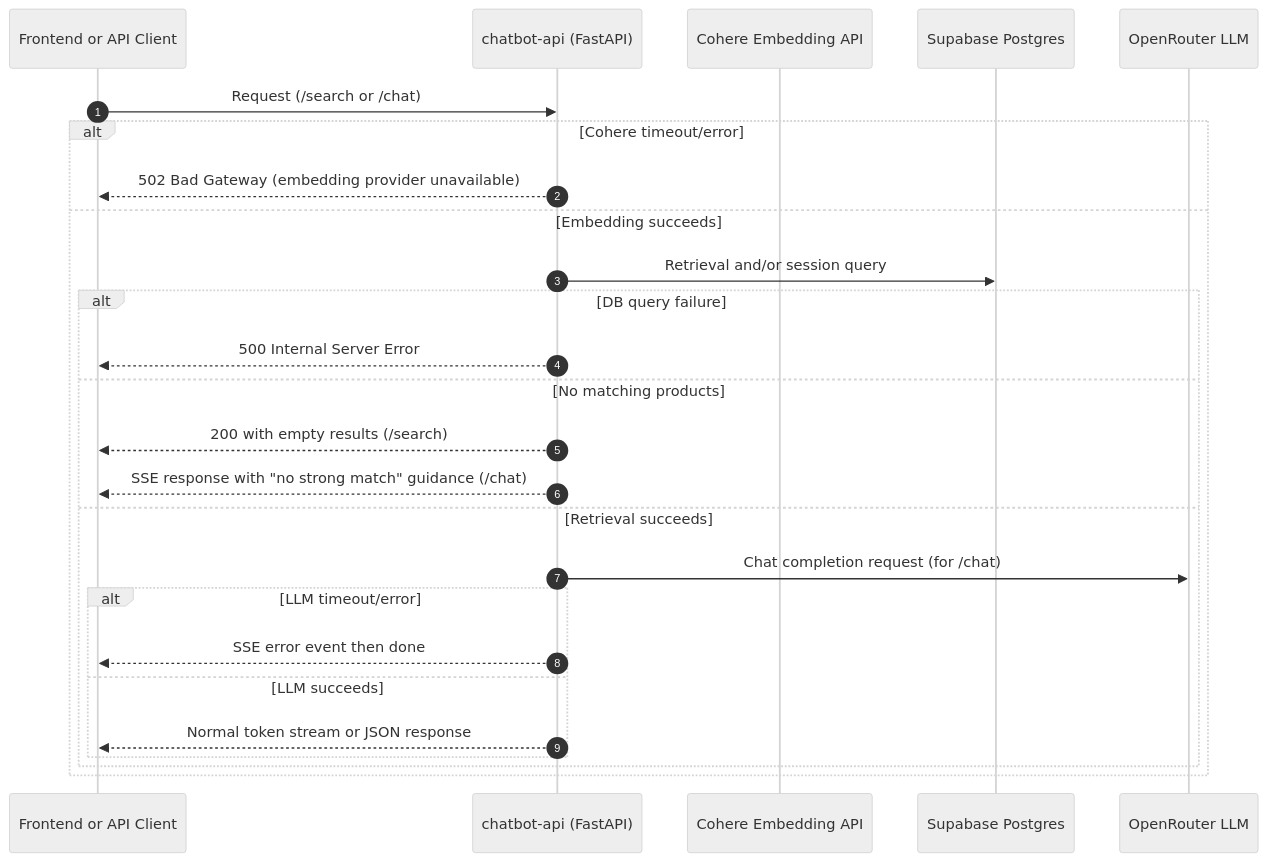
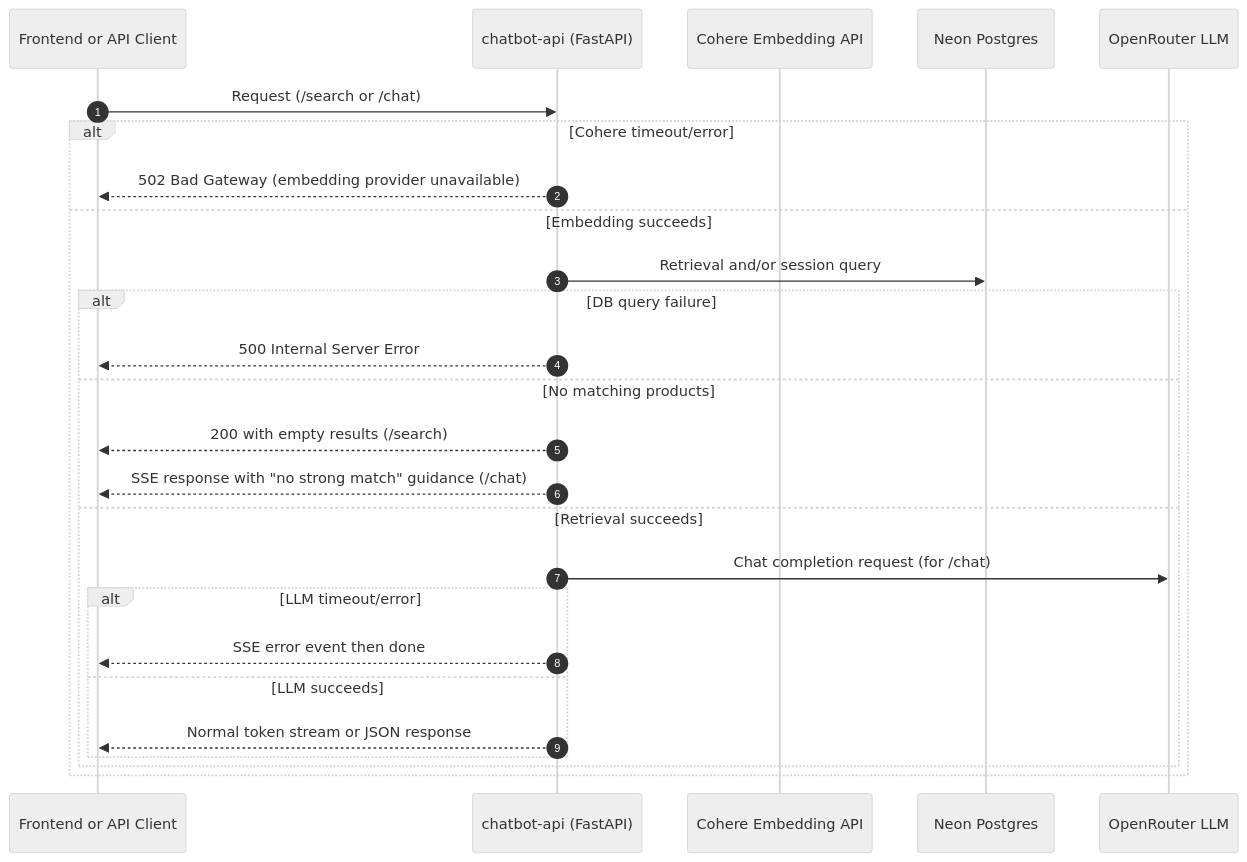
The fourth of 4 diagrams in README.md (yanyetang/nexus-chat-api), drawn with Mermaid (neutral theme) before and after one commit. The commit also changed other lines of this file and 4 other files, not shown here.

Commit message:
refactor: remove Supabase references and update environment variables for Neon PostgreSQL integration

````diff
--- a/README.md
+++ b/README.md
@@ -123,30 +123,30 @@
 ```mermaid
 sequenceDiagram
   autonumber
   participant FE as Frontend or API Client
   participant API as chatbot-api (FastAPI)
   participant Cohere as Cohere Embedding API
-  participant DB as Supabase Postgres
+  participant DB as Neon Postgres
   participant OR as OpenRouter LLM
 
   FE->>API: Request (/search or /chat)
 
   alt Cohere timeout/error
     API-->>FE: 502 Bad Gateway (embedding provider unavailable)
   else Embedding succeeds
     API->>DB: Retrieval and/or session query
     alt DB query failure
       API-->>FE: 500 Internal Server Error
     else No matching products
       API-->>FE: 200 with empty results (/search)
       API-->>FE: SSE response with "no strong match" guidance (/chat)
     else Retrieval succeeds
       API->>OR: Chat completion request (for /chat)
       alt LLM timeout/error
         API-->>FE: SSE error event then done
       else LLM succeeds
         API-->>FE: Normal token stream or JSON response
       end
     end
   end
 ```
````
